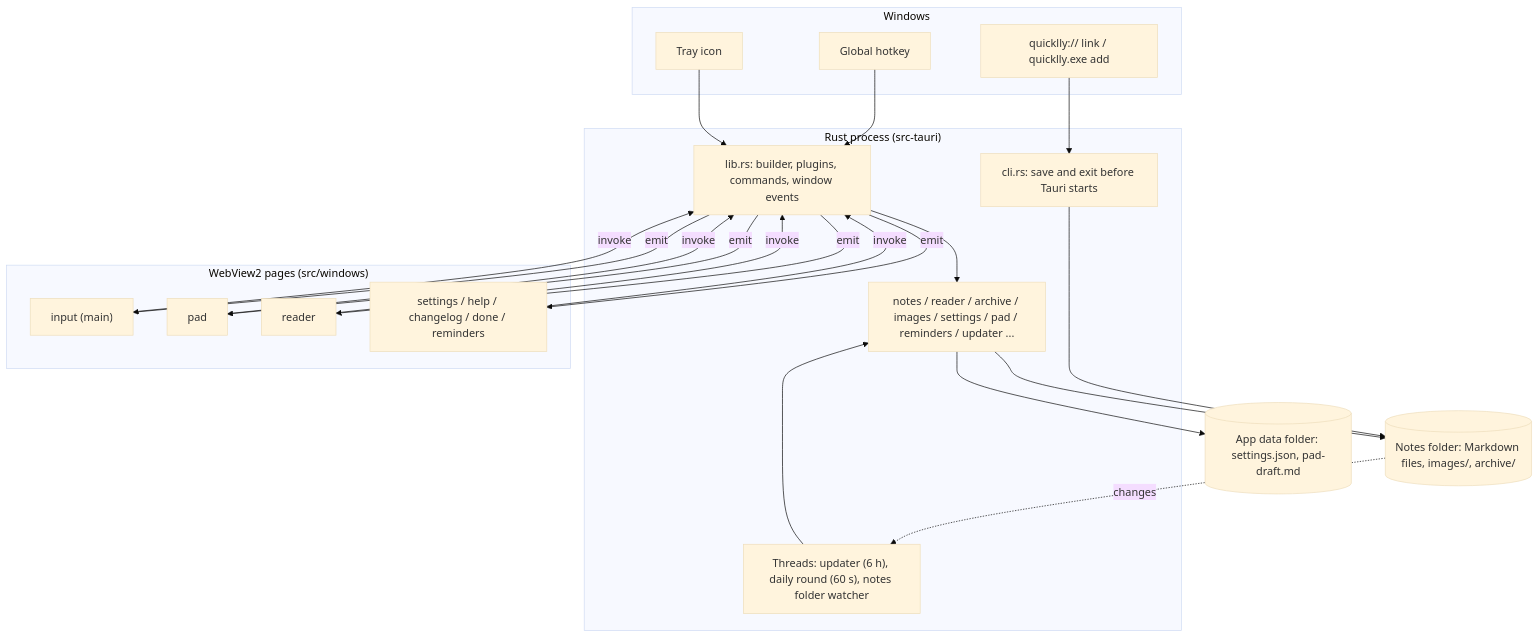
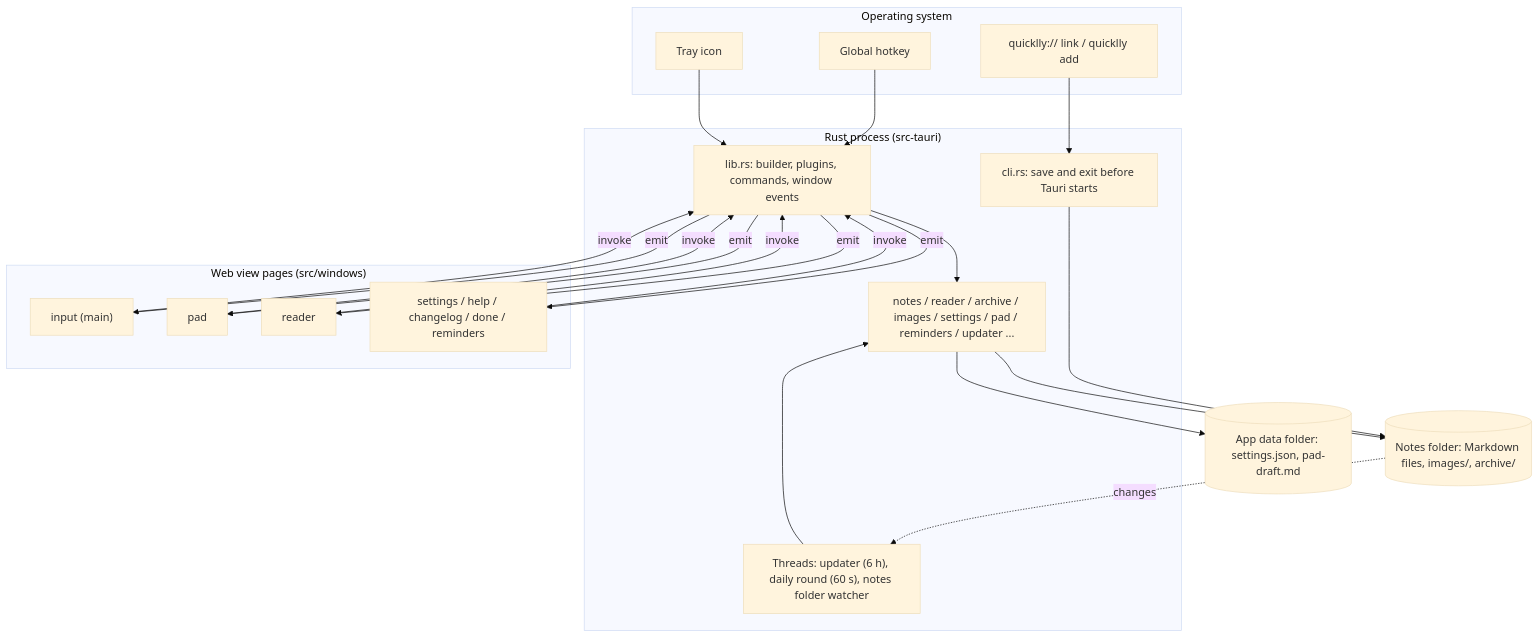
One commit to ruslan1us/quicklly changed the diagram in docs/architecture.md. Above: the diagram before and after it, drawn with Mermaid (base theme). The commit also changed other lines of this file and 18 other files, not shown here.

````diff
--- a/docs/architecture.md
+++ b/docs/architecture.md
@@ -13,32 +14,32 @@
 ```mermaid
 flowchart TB
-    subgraph OS["Windows"]
+    subgraph OS["Operating system"]
         HK["Global hotkey"]
         TRAY["Tray icon"]
-        LINK["quicklly:// link / quicklly.exe add"]
+        LINK["quicklly:// link / quicklly add"]
     end
     subgraph RUST["Rust process (src-tauri)"]
         CLI["cli.rs: save and exit before Tauri starts"]
         LIB["lib.rs: builder, plugins, commands, window events"]
         MODS["notes / reader / archive / images / settings / pad / reminders / updater ..."]
         THR["Threads: updater (6 h), daily round (60 s), notes folder watcher"]
     end
-    subgraph WEB["WebView2 pages (src/windows)"]
+    subgraph WEB["Web view pages (src/windows)"]
         IN["input (main)"]
         PAD["pad"]
         RD["reader"]
         POP["settings / help / changelog / done / reminders"]
     end
     FS[("Notes folder: Markdown files, images/, archive/")]
     APPDATA[("App data folder: settings.json, pad-draft.md")]
 
     LINK --> CLI --> FS
     HK --> LIB
     TRAY --> LIB
     LIB --> MODS --> FS
     MODS --> APPDATA
     THR --> MODS
     FS -.->|changes| THR
     IN & PAD & RD & POP -->|invoke| LIB
     LIB -->|emit| IN & PAD & RD & POP
 ```
````
